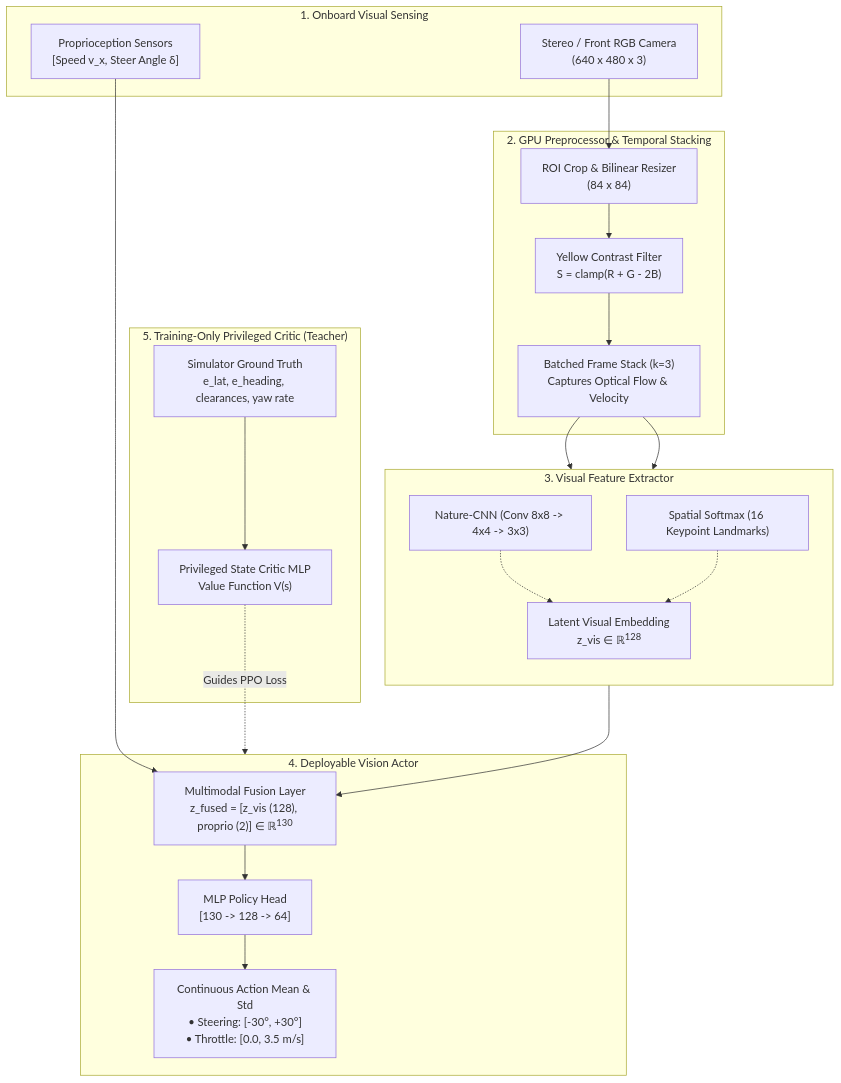
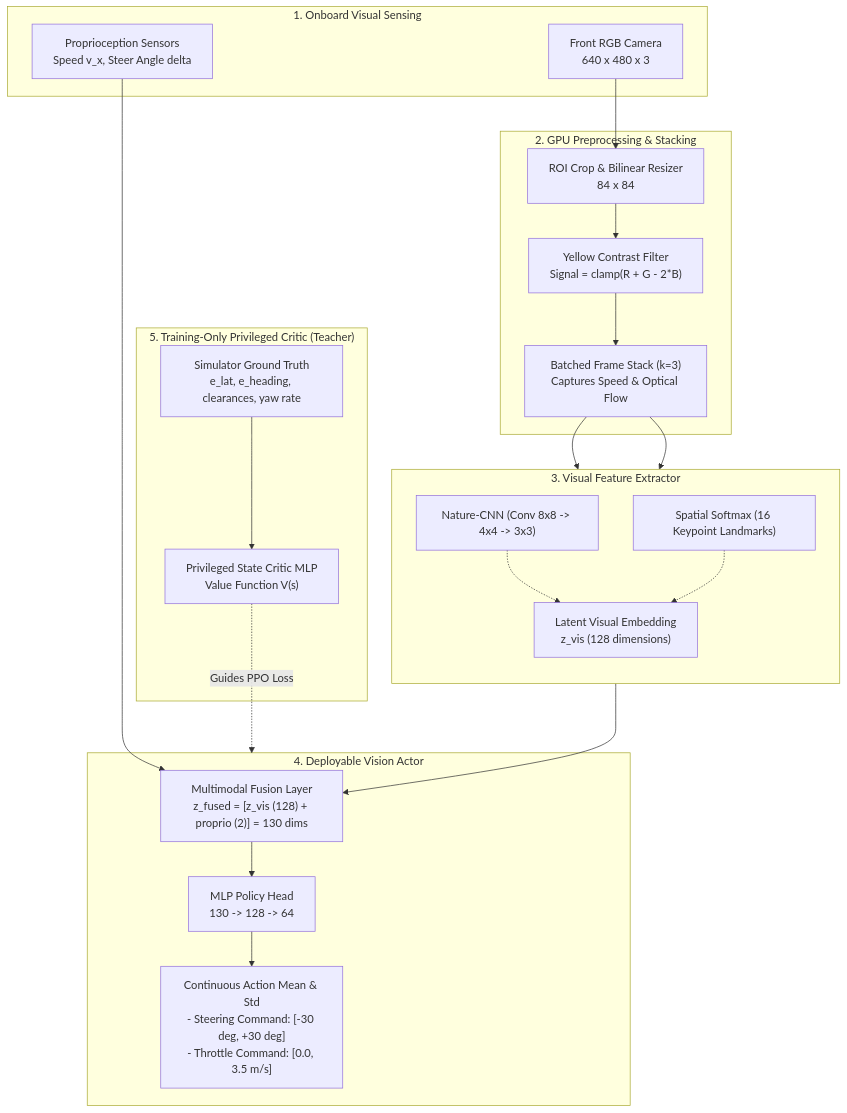
One commit to AbdelbakiJeddi/f1_racer changed the diagram in CNN_Archi.md. Above: the diagram before and after it, drawn with Mermaid. The commit also changed other lines of this file and 39 other files, not shown here.

````diff
--- a/CNN_Archi.md
+++ b/CNN_Archi.md
@@ -26,46 +26,46 @@
 ```mermaid
 flowchart TD
     subgraph SENSORS ["1. Onboard Visual Sensing"]
-        CAM["Stereo / Front RGB Camera<br/>(640 x 480 x 3)"]
-        PROPRIO["Proprioception Sensors<br/>[Speed v_x, Steer Angle &delta;]"]
+        CAM["Front RGB Camera<br/>640 x 480 x 3"]
+        PROPRIO["Proprioception Sensors<br/>Speed v_x, Steer Angle delta"]
     end
 
-    subgraph PREPROC ["2. GPU Preprocessor & Temporal Stacking"]
-        CROP["ROI Crop & Bilinear Resizer<br/>(84 x 84)"]
-        YEL["Yellow Contrast Filter<br/>S = clamp(R + G - 2B)"]
-        STACK["Batched Frame Stack (k=3)<br/>Captures Optical Flow & Velocity"]
+    subgraph PREPROC ["2. GPU Preprocessing & Stacking"]
+        CROP["ROI Crop & Bilinear Resizer<br/>84 x 84"]
+        YEL["Yellow Contrast Filter<br/>Signal = clamp(R + G - 2*B)"]
+        STACK["Batched Frame Stack (k=3)<br/>Captures Speed & Optical Flow"]
     end
 
     subgraph ENCODER ["3. Visual Feature Extractor"]
         direction TB
         NATURE["Nature-CNN (Conv 8x8 -> 4x4 -> 3x3)"]
         SPATIAL["Spatial Softmax (16 Keypoint Landmarks)"]
-        LATENT["Latent Visual Embedding<br/>z_vis &in; &reals;<sup>128</sup>"]
+        LATENT["Latent Visual Embedding<br/>z_vis (128 dimensions)"]
     end
 
     subgraph POLICY ["4. Deployable Vision Actor"]
-        FUSE["Multimodal Fusion Layer<br/>z_fused = [z_vis (128), proprio (2)] &in; &reals;<sup>130</sup>"]
-        MLP["MLP Policy Head<br/>[130 -> 128 -> 64]"]
-        ACTIONS["Continuous Action Mean & Std<br/>&bull; Steering: [-30&deg;, +30&deg;]<br/>&bull; Throttle: [0.0, 3.5 m/s]"]
+        FUSE["Multimodal Fusion Layer<br/>z_fused = [z_vis (128) + proprio (2)] = 130 dims"]
+        MLP["MLP Policy Head<br/>130 -> 128 -> 64"]
+        ACTIONS["Continuous Action Mean & Std<br/>- Steering Command: [-30 deg, +30 deg]<br/>- Throttle Command: [0.0, 3.5 m/s]"]
     end
 
     subgraph SIMCRITIC ["5. Training-Only Privileged Critic (Teacher)"]
         ORACLE["Simulator Ground Truth<br/>e_lat, e_heading, clearances, yaw rate"]
         CRITIC["Privileged State Critic MLP<br/>Value Function V(s)"]
     end
 
     CAM --> CROP
     CROP --> YEL
     YEL --> STACK
     STACK --> NATURE
     STACK --> SPATIAL
     NATURE -.-> LATENT
     SPATIAL -.-> LATENT
     LATENT --> FUSE
     PROPRIO --> FUSE
     FUSE --> MLP
     MLP --> ACTIONS
 
     ORACLE --> CRITIC
     CRITIC -.->|Guides PPO Loss| POLICY
 ```
````
